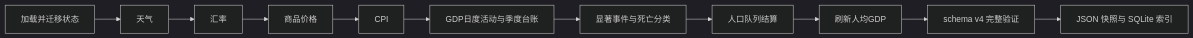
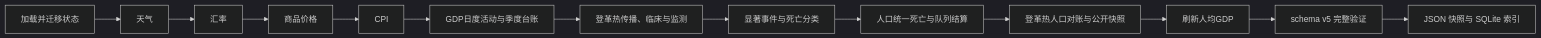
The diagram in README.md (pokemonfan88/mariven-republic), drawn with Mermaid (dark theme) before and after one commit. The commit also changed other lines of this file and 7 other files, not shown here.

````diff
--- a/README.md
+++ b/README.md
@@ -75,13 +94,15 @@
 ```mermaid
 flowchart LR
     A["加载并迁移状态"] --> B["天气"]
     B --> C["汇率"]
     C --> D["商品价格"]
     D --> E["CPI"]
     E --> F["GDP日度活动与季度台账"]
-    F --> G["显著事件与死亡分类"]
-    G --> H["人口队列结算"]
-    H --> I["刷新人均GDP"]
-    I --> J["schema v4 完整验证"]
-    J --> K["JSON 快照与 SQLite 索引"]
+    F --> G["登革热传播、临床与监测"]
+    G --> H["显著事件与死亡分类"]
+    H --> I["人口统一死亡与队列结算"]
+    I --> J["登革热人口对账与公开快照"]
+    J --> K["刷新人均GDP"]
+    K --> L["schema v5 完整验证"]
+    L --> M["JSON 快照与 SQLite 索引"]
 ```
````
